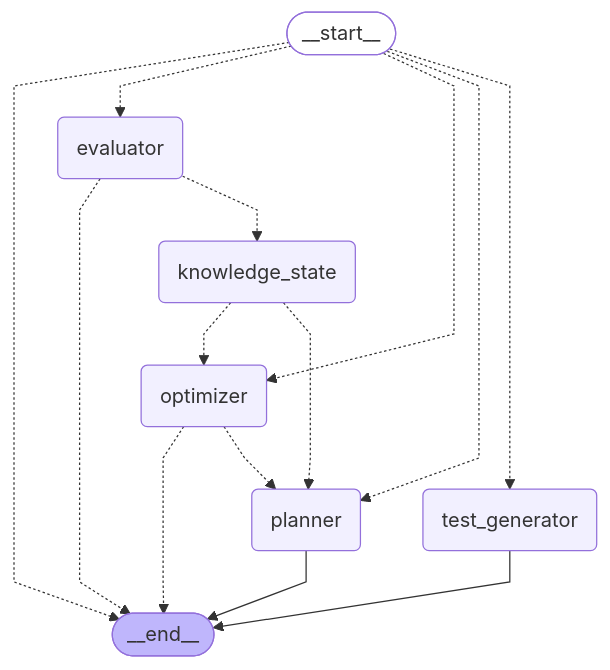
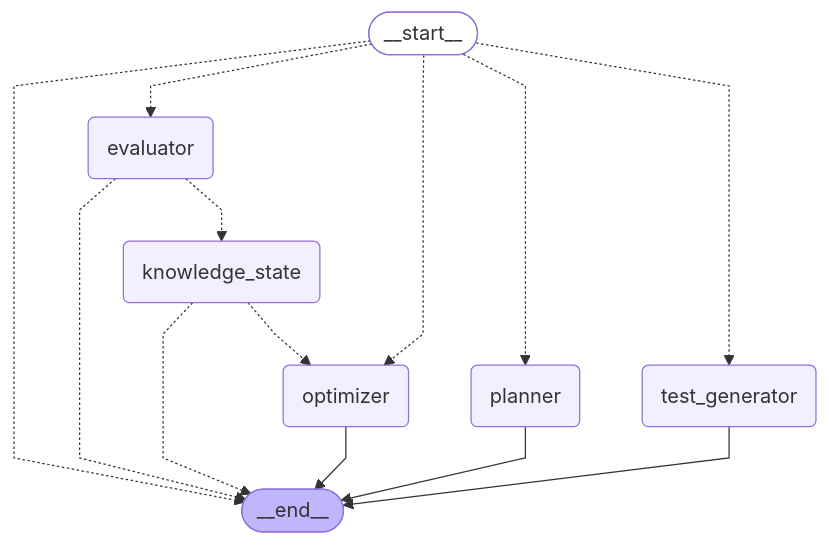
Before and after one commit to asparagusD/readfocus: the diagram in docs/ARCHITECTURE.md, drawn with Mermaid. The commit also changed other lines of this file and 17 other files, not shown here.

````diff
--- a/docs/ARCHITECTURE.md
+++ b/docs/ARCHITECTURE.md
@@ -127,31 +128,30 @@
 ```mermaid
 ---
 config:
   flowchart:
     curve: linear
 ---
 graph TD;
 	__start__([<p>__start__</p>]):::first
 	planner(planner)
 	test_generator(test_generator)
 	evaluator(evaluator)
 	knowledge_state(knowledge_state)
 	optimizer(optimizer)
 	__end__([<p>__end__</p>]):::last
 	__start__ -.-> __end__;
 	__start__ -.-> evaluator;
 	__start__ -.-> optimizer;
 	__start__ -.-> planner;
 	__start__ -.-> test_generator;
 	evaluator -.-> __end__;
 	evaluator -.-> knowledge_state;
+	knowledge_state -.-> __end__;
 	knowledge_state -.-> optimizer;
-	knowledge_state -.-> planner;
-	optimizer -.-> __end__;
-	optimizer -.-> planner;
+	optimizer --> __end__;
 	planner --> __end__;
 	test_generator --> __end__;
 	classDef default fill:#f2f0ff,line-height:1.2
 	classDef first fill-opacity:0
 	classDef last fill:#bfb6fc
 ```
````
